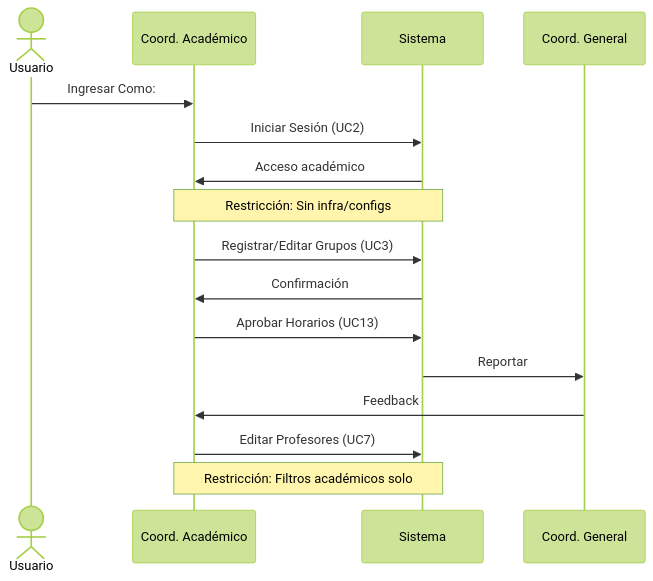
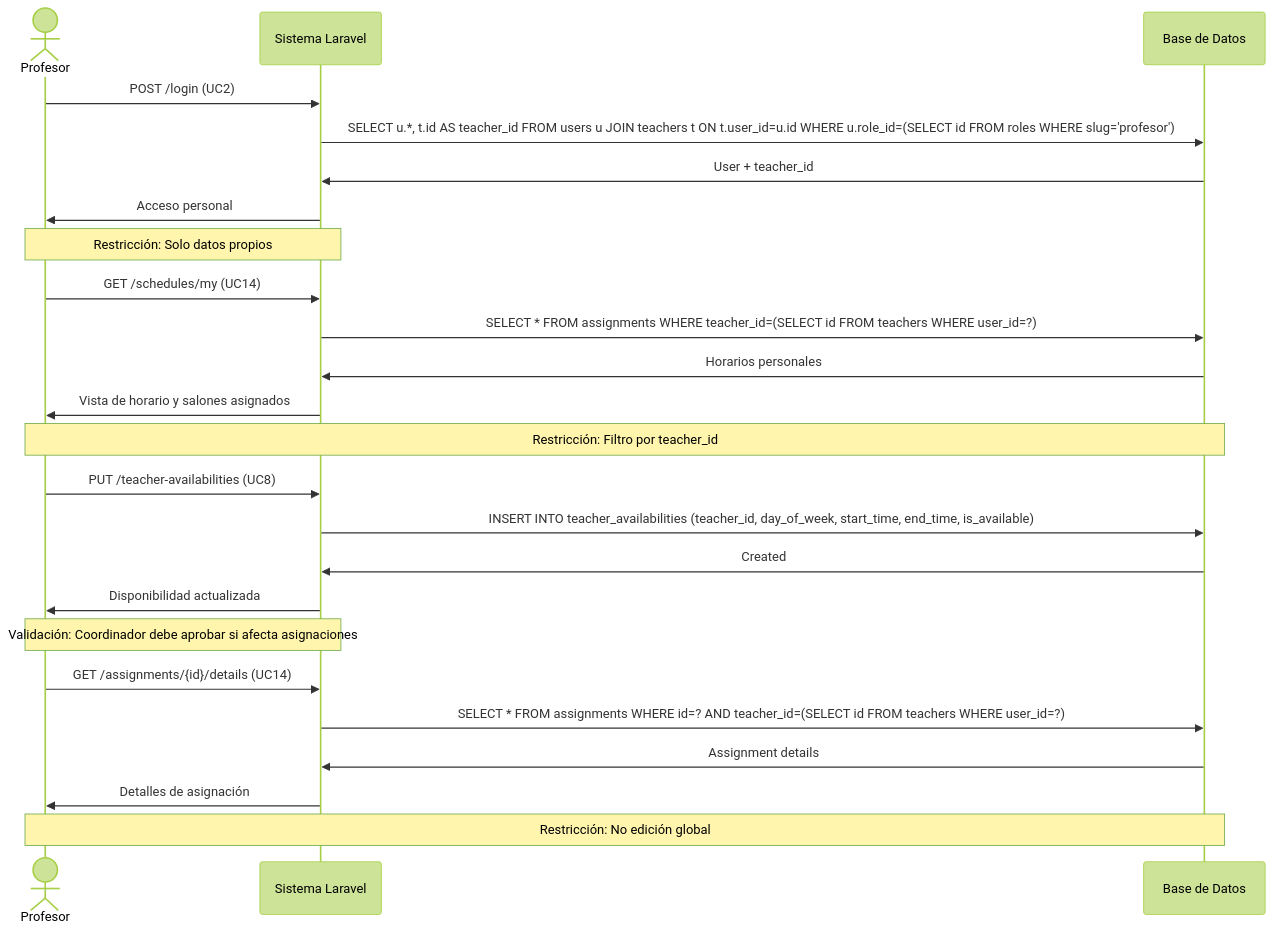
Before and after one commit to LuisCPedraza/sistema-asignacion-salones: the seventh of 8 diagrams in documentation/DiagramaSecuenciaCasosDeUso.md, drawn with Mermaid (forest theme). The commit also changed other lines of this file and 9 other files, not shown here.

First line of the commit message:
Release v2.0.0: Sistema de Asignación de Salones - Documentación Completa Actualizada (#119)

````diff
--- a/documentation/DiagramaSecuenciaCasosDeUso.md
+++ b/documentation/DiagramaSecuenciaCasosDeUso.md
@@ -155,22 +312,30 @@
 ```mermaid
 sequenceDiagram
-actor Usuario
-Usuario->>CA: Ingresar Como:
-    participant CA as Coord. Académico
-    participant Sys as Sistema
-    participant CG as Coord. General
+    actor Prof as Profesor
+    participant Sys as Sistema Laravel
+    participant DB as Base de Datos
 
-    CA->>Sys: Iniciar Sesión (UC2)
-    Sys->>CA: Acceso académico
-    Note over CA,Sys: Restricción: Sin infra/configs
+    Prof->>Sys: POST /login (UC2)
+    Sys->>DB: SELECT u.*, t.id AS teacher_id FROM users u JOIN teachers t ON t.user_id=u.id WHERE u.role_id=(SELECT id FROM roles WHERE slug='profesor')
+    DB->>Sys: User + teacher_id
+    Sys->>Prof: Acceso personal
+    Note over Prof,Sys: Restricción: Solo datos propios
 
-    CA->>Sys: Registrar/Editar Grupos (UC3)
-    Sys->>CA: Confirmación
+    Prof->>Sys: GET /schedules/my (UC14)
+    Sys->>DB: SELECT * FROM assignments WHERE teacher_id=(SELECT id FROM teachers WHERE user_id=?)
+    DB->>Sys: Horarios personales
+    Sys->>Prof: Vista de horario y salones asignados
+    Note over Prof,DB: Restricción: Filtro por teacher_id
 
-    CA->>Sys: Aprobar Horarios (UC13)
-    Sys->>CG: Reportar
-    CG->>CA: Feedback
+    Prof->>Sys: PUT /teacher-availabilities (UC8)
+    Sys->>DB: INSERT INTO teacher_availabilities (teacher_id, day_of_week, start_time, end_time, is_available)
+    DB->>Sys: Created
+    Sys->>Prof: Disponibilidad actualizada
+    Note over Prof,Sys: Validación: Coordinador debe aprobar si afecta asignaciones
 
-    CA->>Sys: Editar Profesores (UC7)
-    Note over CA,Sys: Restricción: Filtros académicos solo
+    Prof->>Sys: GET /assignments/{id}/details (UC14)
+    Sys->>DB: SELECT * FROM assignments WHERE id=? AND teacher_id=(SELECT id FROM teachers WHERE user_id=?)
+    DB->>Sys: Assignment details
+    Sys->>Prof: Detalles de asignación
+    Note over Prof,DB: Restricción: No edición global
 ```
````
